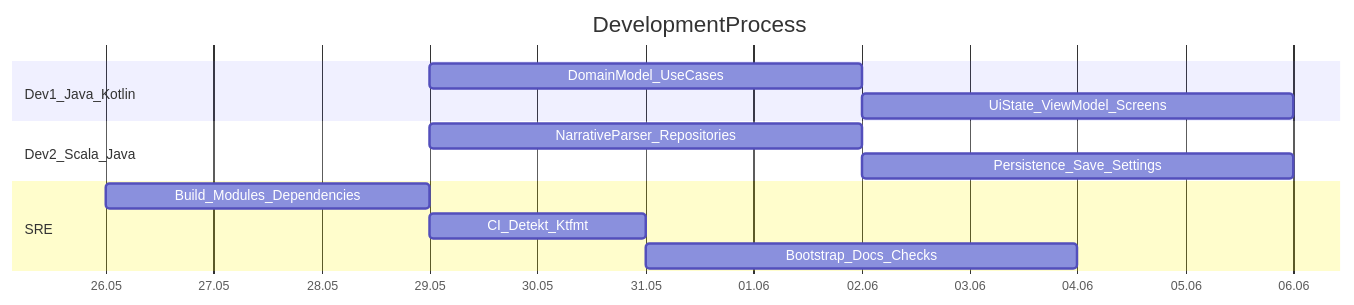
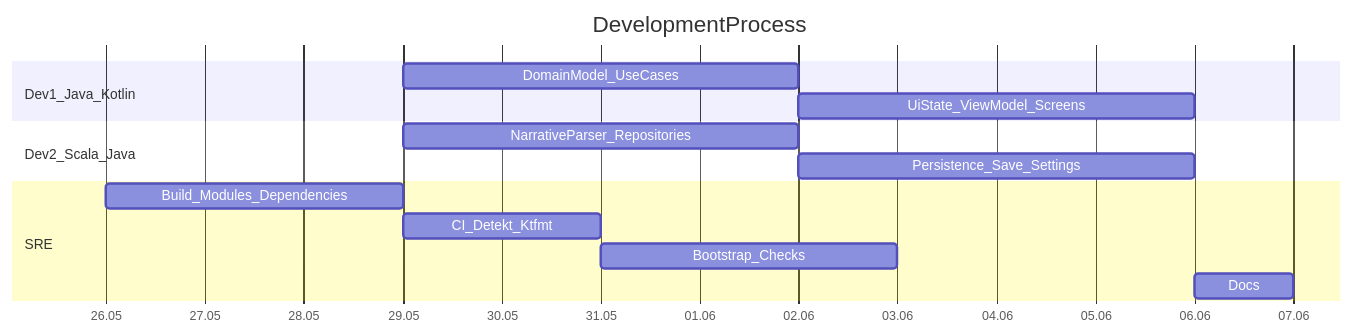
One commit to hse-se-team-2026/mobile_game changed the diagram in docs/DevelopmentProcess.md. Above: the diagram before and after it, drawn with Mermaid. The commit also changed other lines of this file and 1 other file, not shown here.

````diff
--- a/docs/DevelopmentProcess.md
+++ b/docs/DevelopmentProcess.md
@@ -24,16 +24,17 @@
 ```mermaid
 gantt
     title DevelopmentProcess
     dateFormat  YYYY-MM-DD
     axisFormat  %d.%m
     section Dev1_Java_Kotlin
     DomainModel_UseCases         :a1, after c1, 4d
     UiState_ViewModel_Screens    :a2, after a1, 4d
     section Dev2_Scala_Java
     NarrativeParser_Repositories :b1,  after c1, 4d
     Persistence_Save_Settings    :b2, after b1, 4d
     section SRE
     Build_Modules_Dependencies   :c1, 2026-05-26, 3d
     CI_Detekt_Ktfmt              :c2, after c1, 2d
-    Bootstrap_Docs_Checks        :c3, after c2, 4d
+    Bootstrap_Checks        :c3, after c2, 3d
+    Docs:  :c4, after a2, 1d
 ```
````
